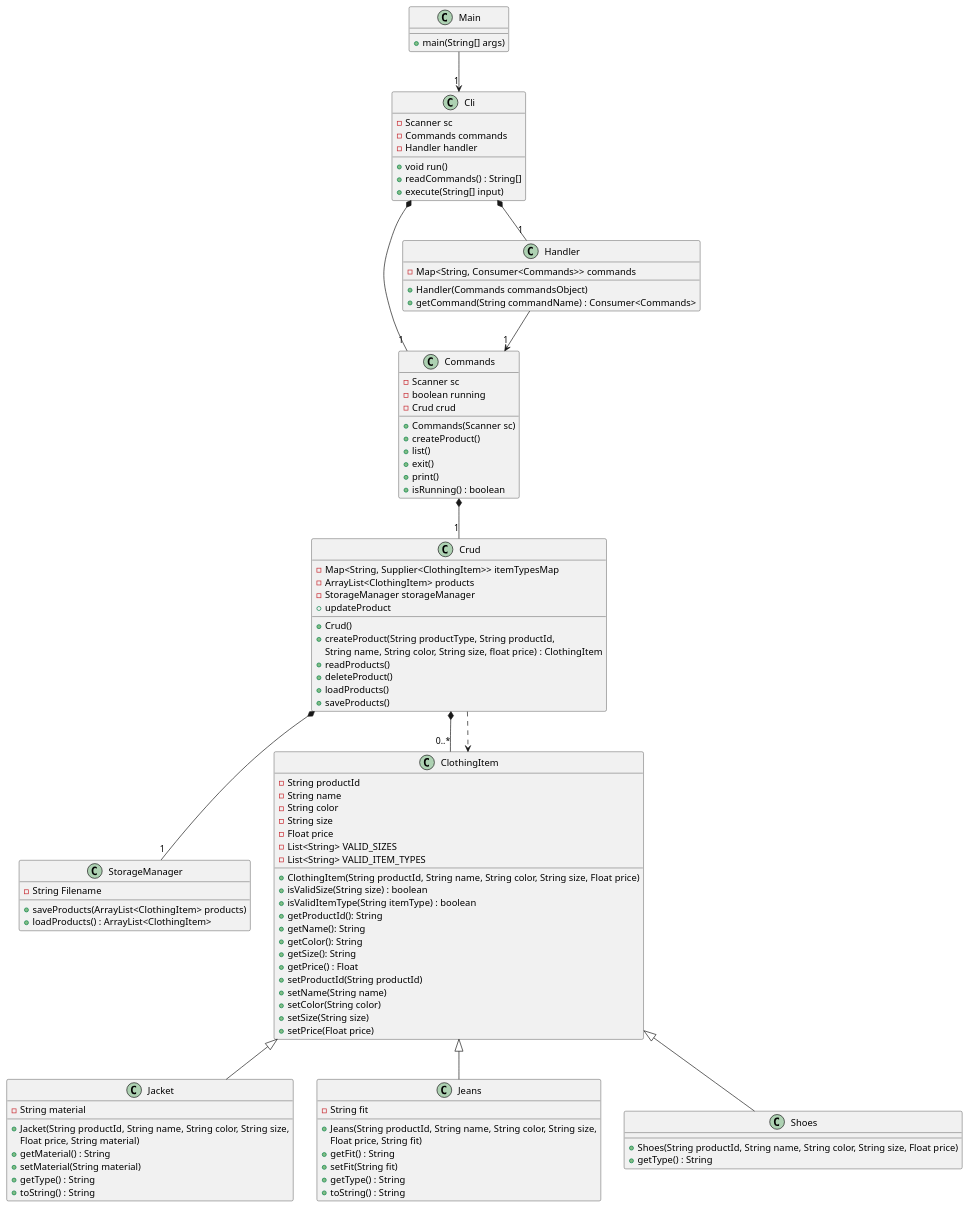
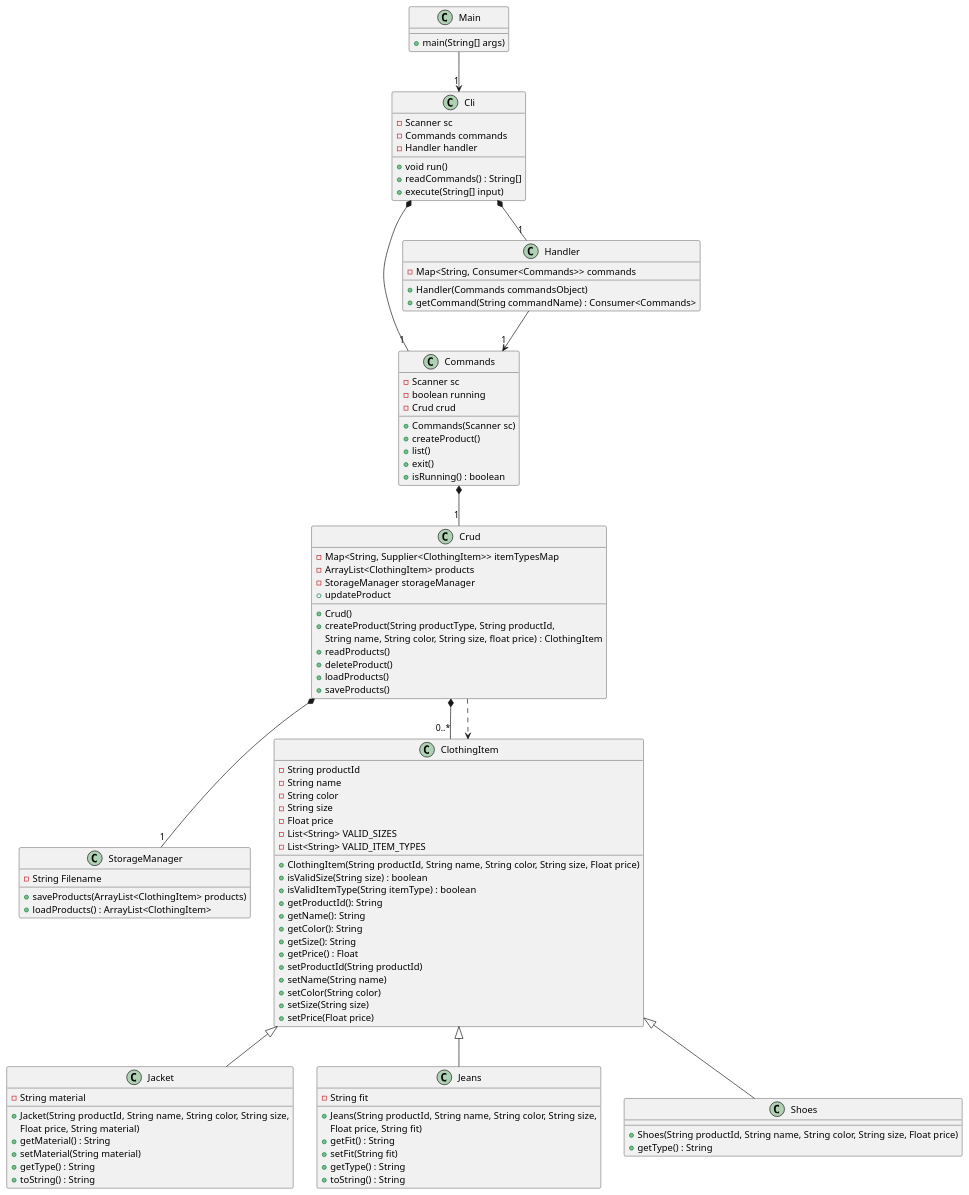
One commit to KhalidCEU/proyecto1 changed the diagram in docs/diagram.puml. Above: the diagram before and after it, drawn with PlantUML. The commit also changed 4 other files, not shown here.

```diff
--- a/docs/diagram.puml
+++ b/docs/diagram.puml
@@ -1,120 +1,119 @@
 @startuml
 
 class Main {
     +main(String[] args)
 }
 
 class Cli {
     -Scanner sc
     -Commands commands
     -Handler handler
     +void run()
     +readCommands() : String[]
     +execute(String[] input)
 }
 
 class Commands {
     -Scanner sc
     -boolean running
     -Crud crud
     +Commands(Scanner sc)
     +createProduct()
     +list()
     +exit()
-    +print()
     +isRunning() : boolean
 }
 
 class Handler {
     -Map<String, Consumer<Commands>> commands
     +Handler(Commands commandsObject)
     +getCommand(String commandName) : Consumer<Commands>
 }
 
 class Crud {
     -Map<String, Supplier<ClothingItem>> itemTypesMap
     -ArrayList<ClothingItem> products
     -StorageManager storageManager
     +Crud()
     +createProduct(String productType, String productId,
         String name, String color, String size, float price) : ClothingItem
     +readProducts()
     +updateProduct
     +deleteProduct()
     +loadProducts()
     +saveProducts()
 }
 
 class StorageManager{
     -String Filename
     +saveProducts(ArrayList<ClothingItem> products)
     +loadProducts() : ArrayList<ClothingItem>
 }
 
 class ClothingItem {
     -String productId
     -String name
     -String color
     -String size
     -Float price
     -List<String> VALID_SIZES
     -List<String> VALID_ITEM_TYPES
     +ClothingItem(String productId, String name, String color, String size, Float price)
     +isValidSize(String size) : boolean
     +isValidItemType(String itemType) : boolean
     +getProductId(): String
     +getName(): String
     +getColor(): String
     +getSize(): String
     +getPrice() : Float
     +setProductId(String productId)
     +setName(String name)
     +setColor(String color)
     +setSize(String size)
     +setPrice(Float price)
 }
 
 
 class Jacket {
     -String material
     +Jacket(String productId, String name, String color, String size,
         Float price, String material)
     +getMaterial() : String
     +setMaterial(String material)
     +getType() : String
     +toString() : String
 }
 
 class Jeans {
     -String fit
     +Jeans(String productId, String name, String color, String size,
         Float price, String fit)
     +getFit() : String
     +setFit(String fit)
     +getType() : String
     +toString() : String
 }
 
 class Shoes {
     +Shoes(String productId, String name, String color, String size, Float price)
     +getType() : String
 }
 
 Main --> "1" Cli
 
 Cli *-- "1" Handler
 Cli *-- "1" Commands
 
 Commands *-- "1" Crud
 
 Handler --> "1" Commands
 
 Crud *-- "1" StorageManager
 Crud *-- "0..*" ClothingItem
 Crud ..> ClothingItem
 
 ClothingItem <|-- Jacket
 ClothingItem <|-- Jeans
 ClothingItem <|-- Shoes
 
 @enduml
```
